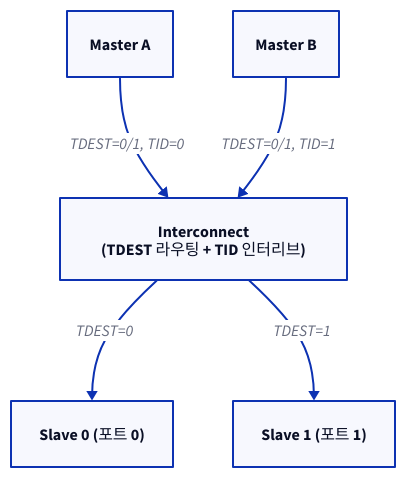
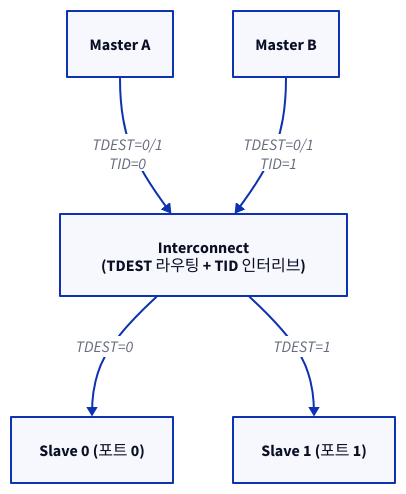
Before and after one commit to humbleowl39/DV_SKOOL: the second of 2 diagrams in starlight_site/src/content/docs/amba_protocols/03_axi_stream.md, drawn with D2. The commit also changed 714 other files, not shown here.

First line of the commit message:
fix(site): d2 다이어그램 가독성 결함 6종 일괄 수정

````diff
--- a/starlight_site/src/content/docs/amba_protocols/03_axi_stream.md
+++ b/starlight_site/src/content/docs/amba_protocols/03_axi_stream.md
@@ -283,13 +283,13 @@
 ```d2
 direction: down
 
 MA: "Master A"
 MB: "Master B"
 IC: "Interconnect\n(TDEST 라우팅 + TID 인터리브)"
 S0: "Slave 0 (포트 0)"
 S1: "Slave 1 (포트 1)"
-MA -> IC: "TDEST=0/1, TID=0"
-MB -> IC: "TDEST=0/1, TID=1"
+MA -> IC: "TDEST=0/1\nTID=0"
+MB -> IC: "TDEST=0/1\nTID=1"
 IC -> S0: "TDEST=0"
 IC -> S1: "TDEST=1"
 ```
````
